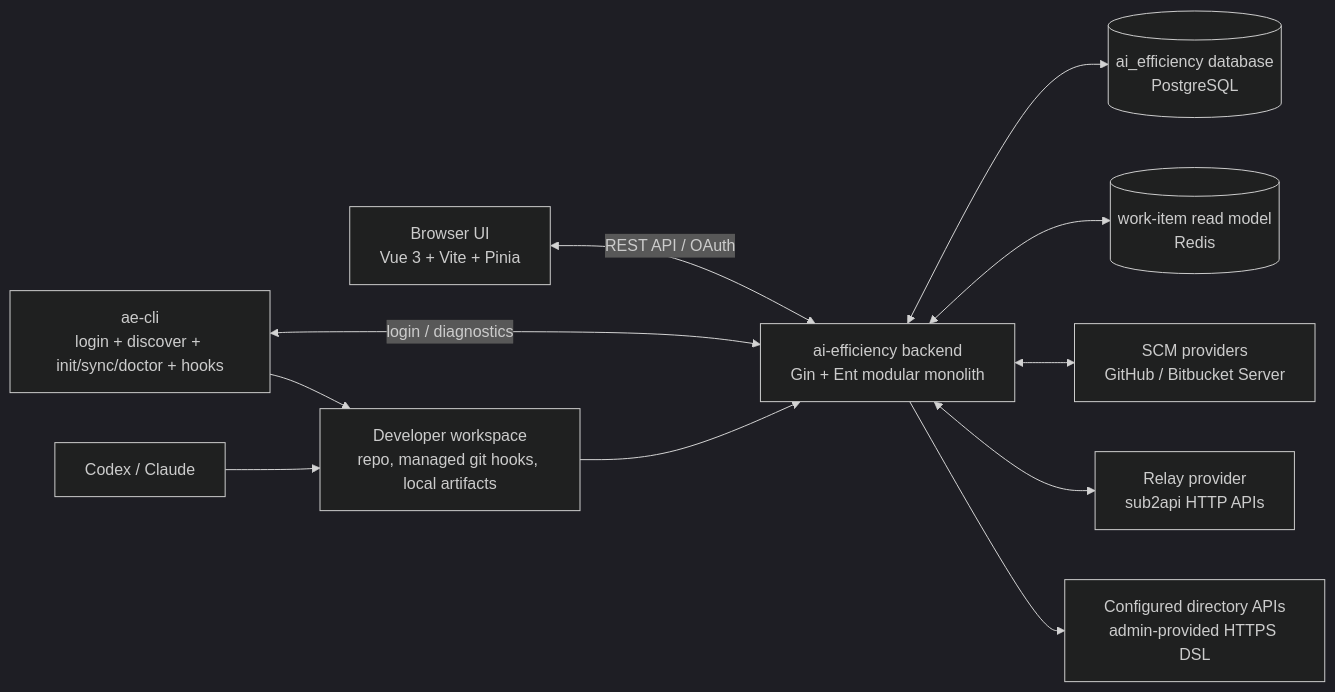
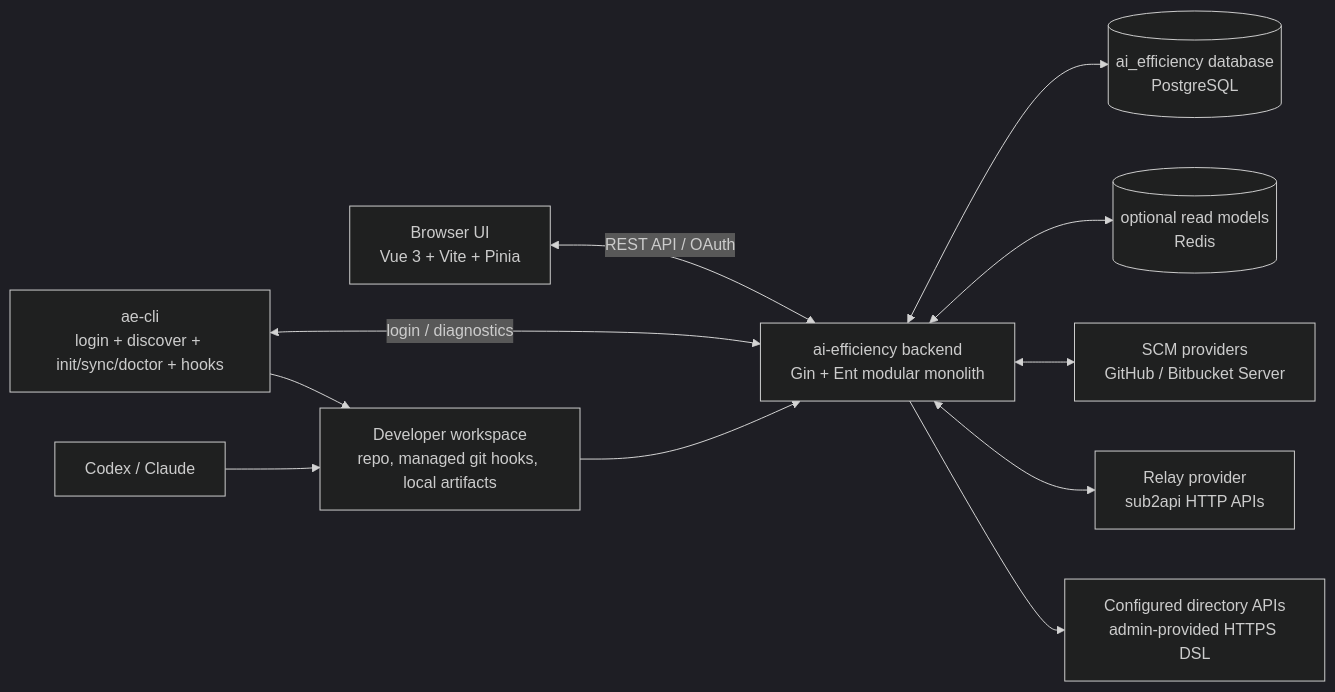
One commit to LichKing-2234/ai-efficiency changed the first of 4 diagrams in docs/architecture.md. Above: the diagram before and after it, drawn with Mermaid (dark theme). The commit also changed other lines of this file and 14 other files, not shown here.

````diff
--- a/docs/architecture.md
+++ b/docs/architecture.md
@@ -38,24 +39,24 @@
 ```mermaid
 flowchart LR
     Browser["Browser UI<br/>Vue 3 + Vite + Pinia"]
     CLI["ae-cli<br/>login + discover + init/sync/doctor + hooks"]
     Tool["Codex / Claude"]
     Backend["ai-efficiency backend<br/>Gin + Ent modular monolith"]
     DB[("ai_efficiency database<br/>PostgreSQL")]
-    Redis[("work-item read model<br/>Redis")]
+    Redis[("optional read models<br/>Redis")]
     SCM["SCM providers<br/>GitHub / Bitbucket Server"]
     Relay["Relay provider<br/>sub2api HTTP APIs"]
     Directory["Configured directory APIs<br/>admin-provided HTTPS DSL"]
     Workspace["Developer workspace<br/>repo, managed git hooks, local artifacts"]
 
     Browser <-->|REST API / OAuth| Backend
     CLI <-->|login / diagnostics| Backend
     CLI --> Workspace
     Tool --> Workspace
     Workspace --> Backend
     Backend <--> DB
     Backend <--> Redis
     Backend <--> SCM
     Backend <--> Relay
     Backend --> Directory
 ```
````
